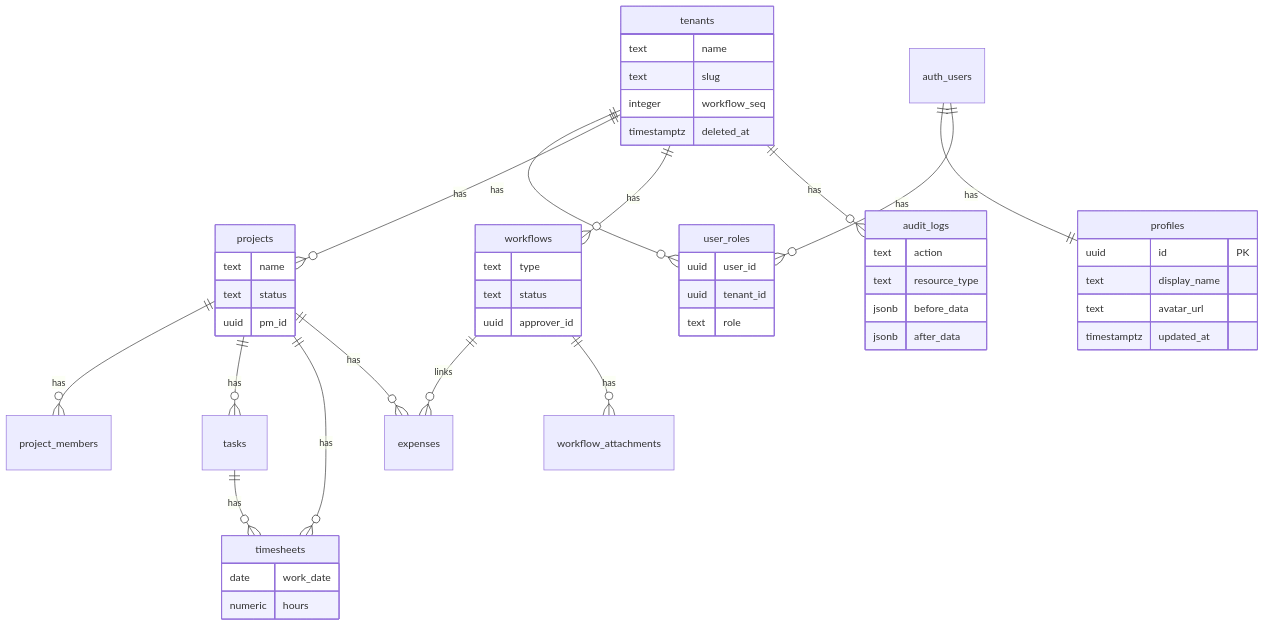
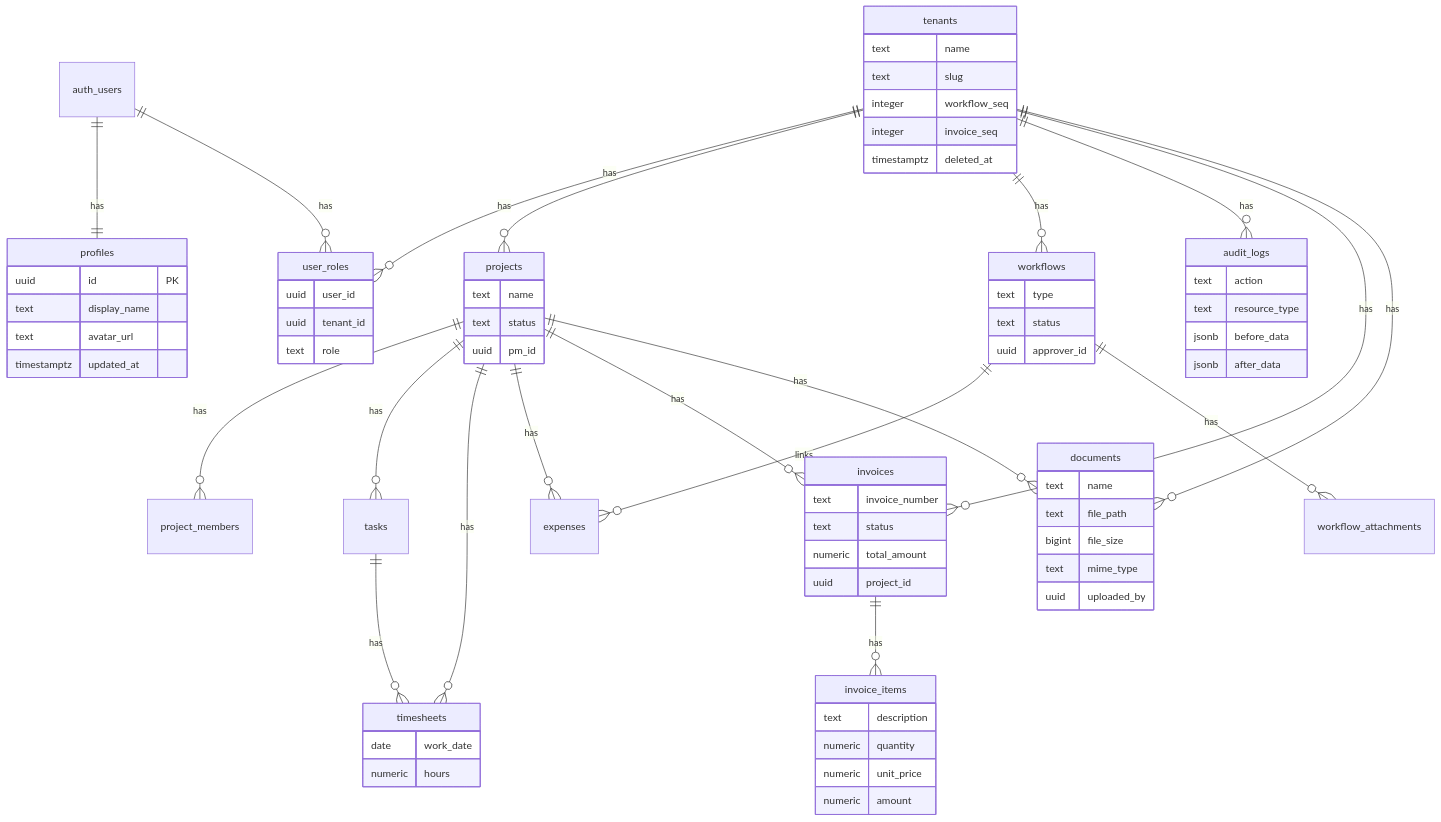
One commit to garchomp-game/opsHub-doc changed the diagram in src/content/docs/detail/db/index.md. Above: the diagram before and after it, drawn with Mermaid. The commit also changed other lines of this file and 86 other files, not shown here.

````diff
--- a/src/content/docs/detail/db/index.md
+++ b/src/content/docs/detail/db/index.md
@@ -295,6 +408,8 @@
     tenants ||--o{ projects : has
     tenants ||--o{ workflows : has
     tenants ||--o{ audit_logs : has
+    tenants ||--o{ invoices : has
+    tenants ||--o{ documents : has
 
     auth_users ||--|| profiles : has
     auth_users ||--o{ user_roles : has
@@ -303,16 +418,21 @@
     projects ||--o{ tasks : has
     projects ||--o{ timesheets : has
     projects ||--o{ expenses : has
+    projects ||--o{ invoices : has
+    projects ||--o{ documents : has
 
     tasks ||--o{ timesheets : has
 
     workflows ||--o{ expenses : links
     workflows ||--o{ workflow_attachments : has
 
+    invoices ||--o{ invoice_items : has
+
     tenants {
         text name
         text slug
         integer workflow_seq
+        integer invoice_seq
         timestamptz deleted_at
     }
     user_roles {
@@ -346,4 +466,23 @@
         jsonb before_data
         jsonb after_data
     }
+    invoices {
+        text invoice_number
+        text status
+        numeric total_amount
+        uuid project_id
+    }
+    invoice_items {
+        text description
+        numeric quantity
+        numeric unit_price
+        numeric amount
+    }
+    documents {
+        text name
+        text file_path
+        bigint file_size
+        text mime_type
+        uuid uploaded_by
+    }
 ```
````
